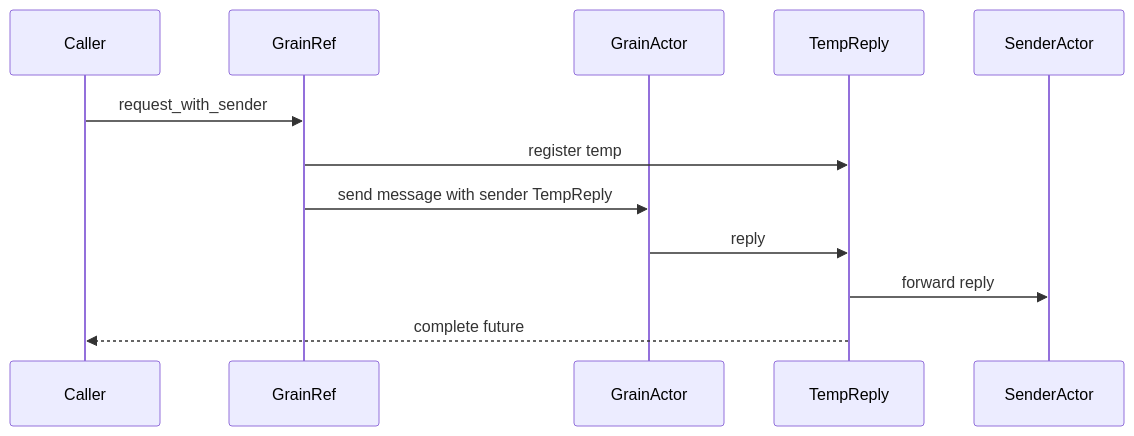
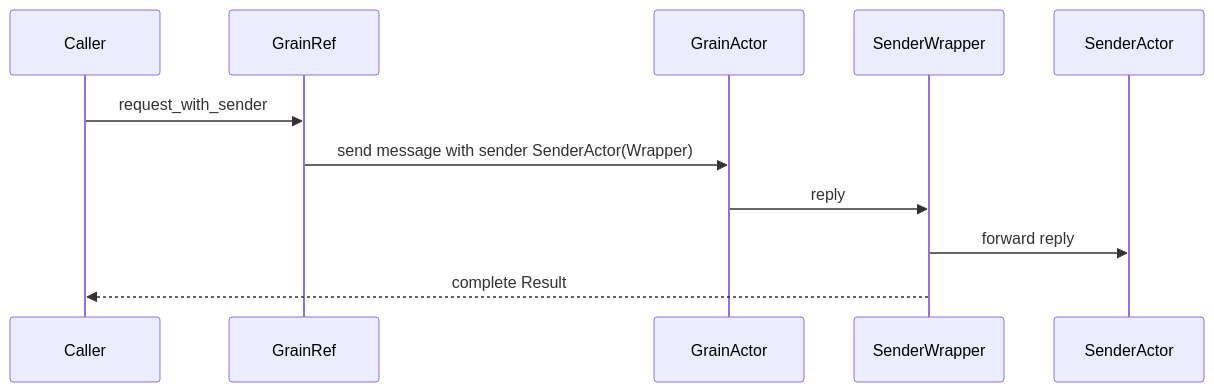
Before and after one commit to j5ik2o/fraktor-rs: the second of 2 diagrams in .kiro/specs/grainref-sender-reply/design.md, drawn with Mermaid. The commit also changed other lines of this file and 16 other files, not shown here.

Commit message:
feat: add sender specification API to GrainRef for reliable reply delivery

````diff
--- a/.kiro/specs/grainref-sender-reply/design.md
+++ b/.kiro/specs/grainref-sender-reply/design.md
@@ -53,15 +53,14 @@
 ```mermaid
 sequenceDiagram
   participant Caller
   participant GrainRef
   participant GrainActor
-  participant TempReply
+  participant SenderWrapper
   participant SenderActor
 
   Caller->>GrainRef: request_with_sender
-  GrainRef->>TempReply: register temp
-  GrainRef->>GrainActor: send message with sender TempReply
-  GrainActor->>TempReply: reply
-  TempReply->>SenderActor: forward reply
-  TempReply-->>Caller: complete future
+  GrainRef->>GrainActor: send message with sender SenderActor(Wrapper)
+  GrainActor->>SenderWrapper: reply
+  SenderWrapper->>SenderActor: forward reply
+  SenderWrapper-->>Caller: complete Result
 ```
````
